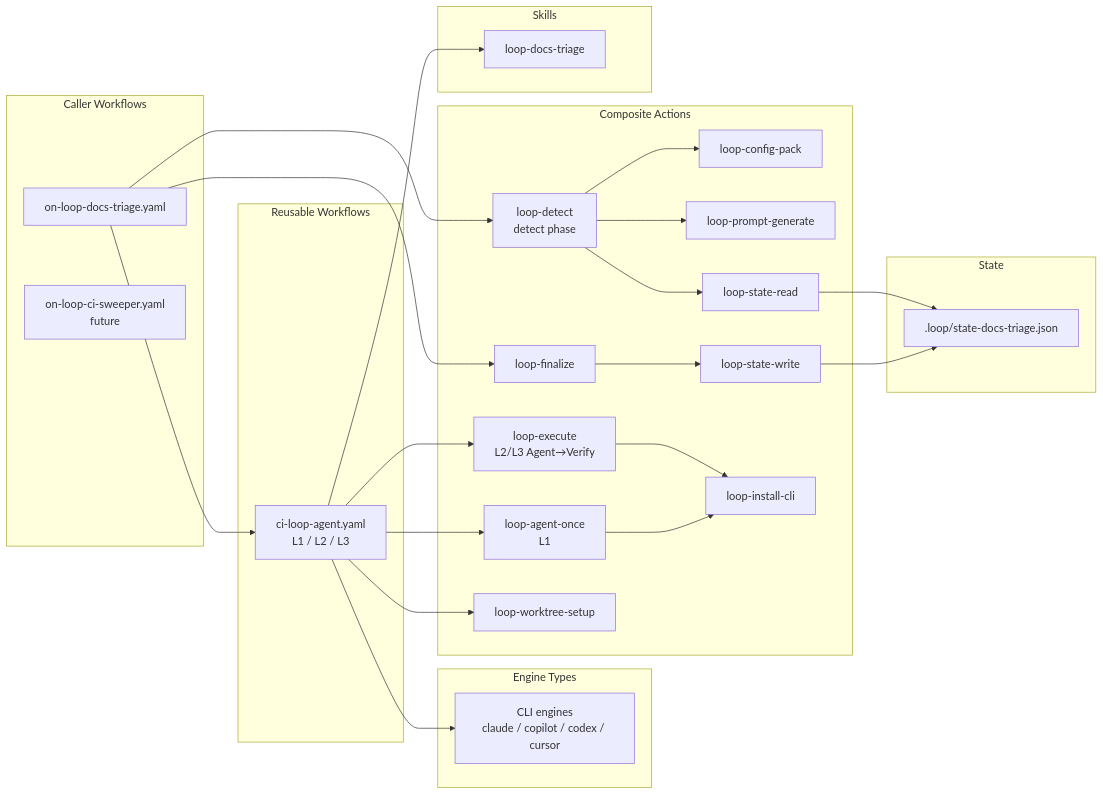
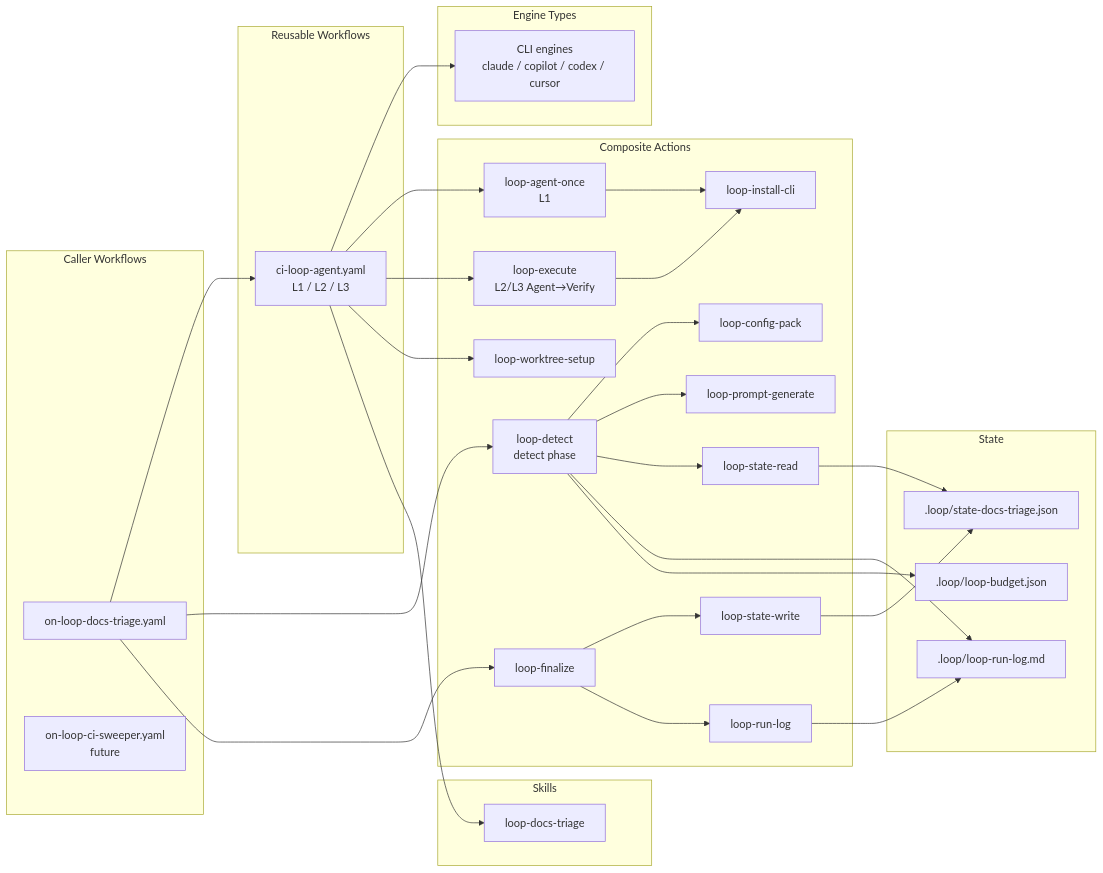
One commit to y-miyazaki/config changed the second of 3 diagrams in docs/explanation/loop-engineering-design.md. Above: the diagram before and after it, drawn with Mermaid. The commit also changed other lines of this file and 2 other files, not shown here.

````diff
--- a/docs/explanation/loop-engineering-design.md
+++ b/docs/explanation/loop-engineering-design.md
@@ -146,60 +146,67 @@
 ```mermaid
 graph LR
     %% Caller Workflows
     subgraph callers["Caller Workflows"]
         CW1[on-loop-docs-triage.yaml]
         CW2[on-loop-ci-sweeper.yaml<br/>future]
     end
 
     %% Reusable Workflows
     subgraph reusable["Reusable Workflows"]
         RW1[ci-loop-agent.yaml<br/>L1 / L2 / L3]
     end
 
     %% Engine Strategies
     subgraph engines["Engine Types"]
         E1[CLI engines<br/>claude / copilot / codex / cursor]
     end
 
     %% Composite Actions
     subgraph actions["Composite Actions"]
         CA0[loop-detect<br/>detect phase]
         CA1[loop-agent-once<br/>L1]
         CA2[loop-execute<br/>L2/L3 Agent→Verify]
         CA3[loop-finalize]
         CA4[loop-config-pack]
         CA5[loop-prompt-generate]
         CA6[loop-state-read]
         CA7[loop-state-write]
         CA8[loop-worktree-setup]
         CA9[loop-install-cli]
+        CA10[loop-run-log]
     end
 
     %% Skills
     subgraph skills["Skills"]
         SK1[loop-docs-triage]
     end
 
     %% State
     subgraph state["State"]
         ST1[.loop/state-docs-triage.json]
+        ST2[.loop/loop-run-log.md]
+        ST3[.loop/loop-budget.json]
     end
 
     %% Relationships
     CW1 --> RW1
     CW1 --> CA0
     CW1 --> CA3
     CA0 --> CA4
     CA0 --> CA5
     CA0 --> CA6
+    CA0 --> ST2
+    CA0 --> ST3
     RW1 --> E1
     RW1 --> CA1
     RW1 --> CA2
     RW1 --> CA8
     CA2 --> CA9
     CA1 --> CA9
     RW1 --> SK1
     CA3 --> CA7
+    CA3 --> CA10
     CA6 --> ST1
     CA7 --> ST1
+    CA10 --> ST2
 ```
````
